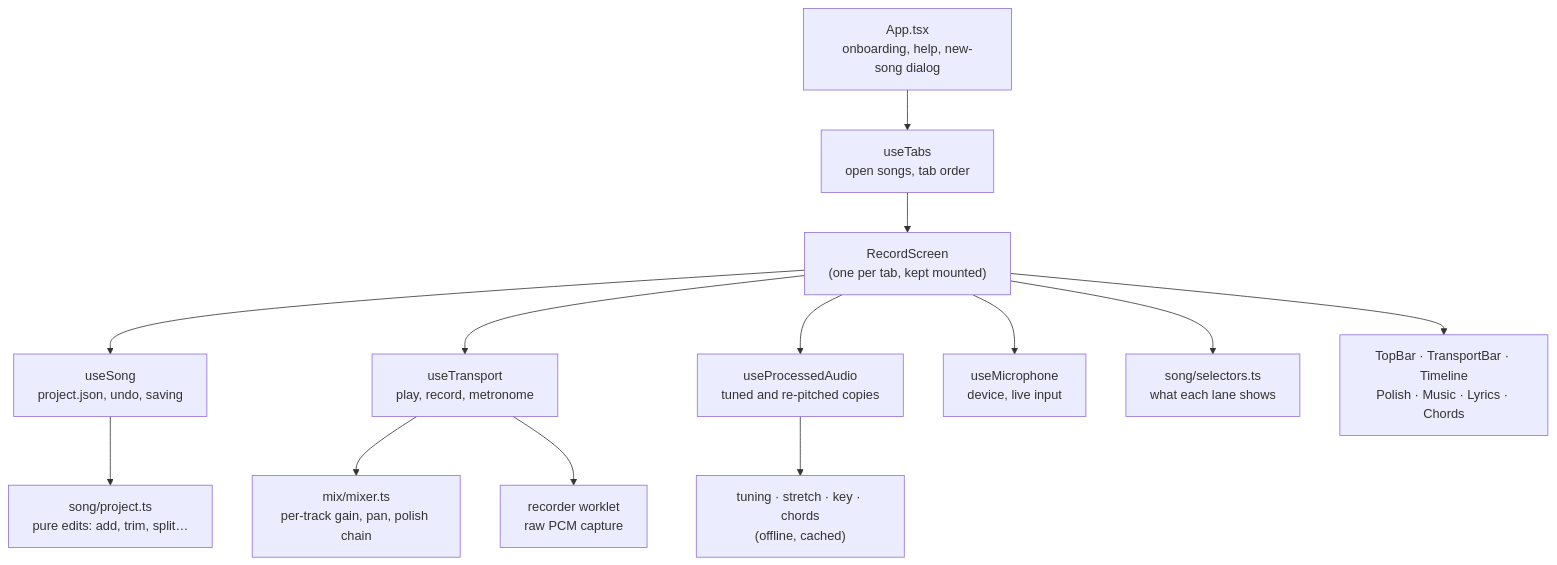
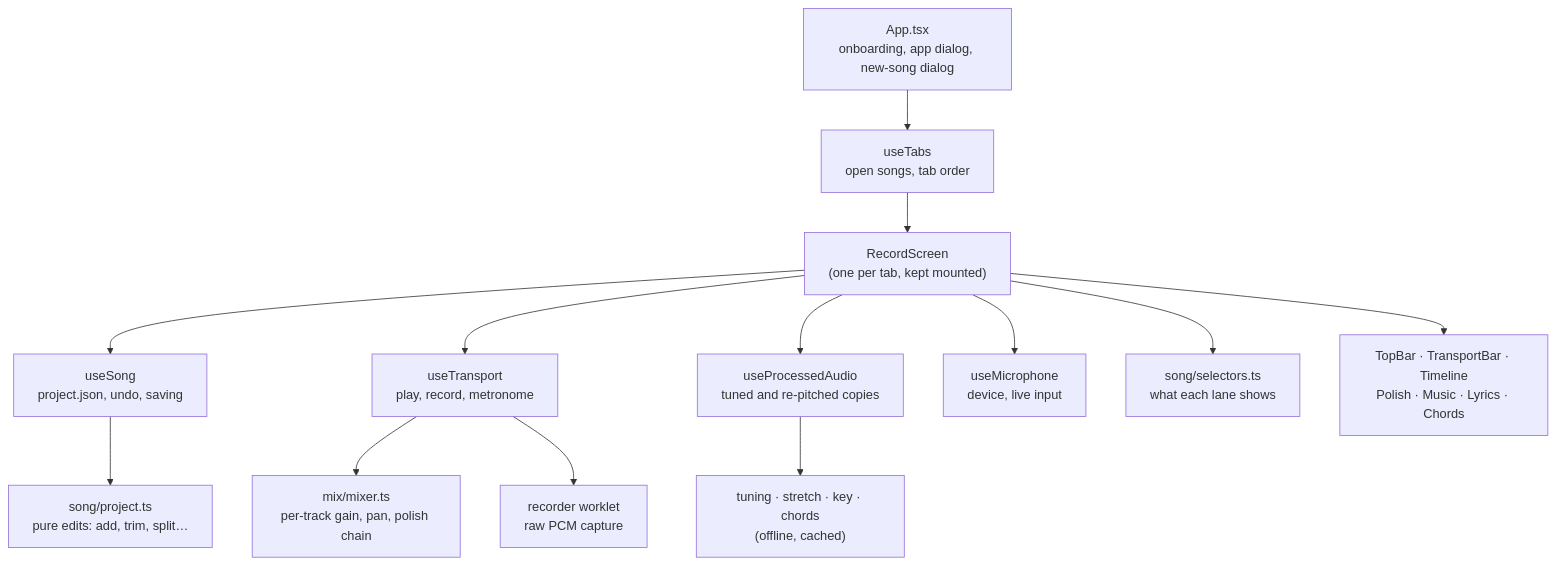
Before and after one commit to andy-techen/rove: the second of 6 diagrams in docs/architecture.md, drawn with Mermaid. The commit also changed 24 other files, not shown here.

First line of the commit message:
Combine Help and Settings into one app dialog with a section sidebar

````diff
--- a/docs/architecture.md
+++ b/docs/architecture.md
@@ -51,19 +51,19 @@
 ```mermaid
 flowchart TB
-  App["App.tsx<br/>onboarding, help, new-song dialog"] --> tabs["useTabs<br/>open songs, tab order"]
+  App["App.tsx<br/>onboarding, app dialog, new-song dialog"] --> tabs["useTabs<br/>open songs, tab order"]
   tabs --> screen["RecordScreen<br/>(one per tab, kept mounted)"]
 
   screen --> song["useSong<br/>project.json, undo, saving"]
   screen --> transport["useTransport<br/>play, record, metronome"]
   screen --> processed["useProcessedAudio<br/>tuned and re-pitched copies"]
   screen --> mic["useMicrophone<br/>device, live input"]
 
   song --> ops["song/project.ts<br/>pure edits: add, trim, split…"]
   screen --> selectors["song/selectors.ts<br/>what each lane shows"]
 
   transport --> mixer["mix/mixer.ts<br/>per-track gain, pan, polish chain"]
   transport --> recorder["recorder worklet<br/>raw PCM capture"]
   processed --> dsp["tuning · stretch · key · chords<br/>(offline, cached)"]
 
   screen --> ui["TopBar · TransportBar · Timeline<br/>Polish · Music · Lyrics · Chords"]
 ```
````
